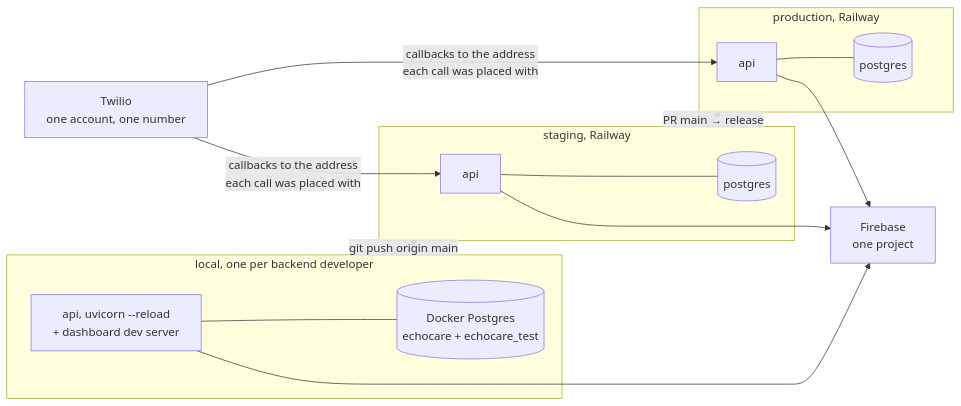
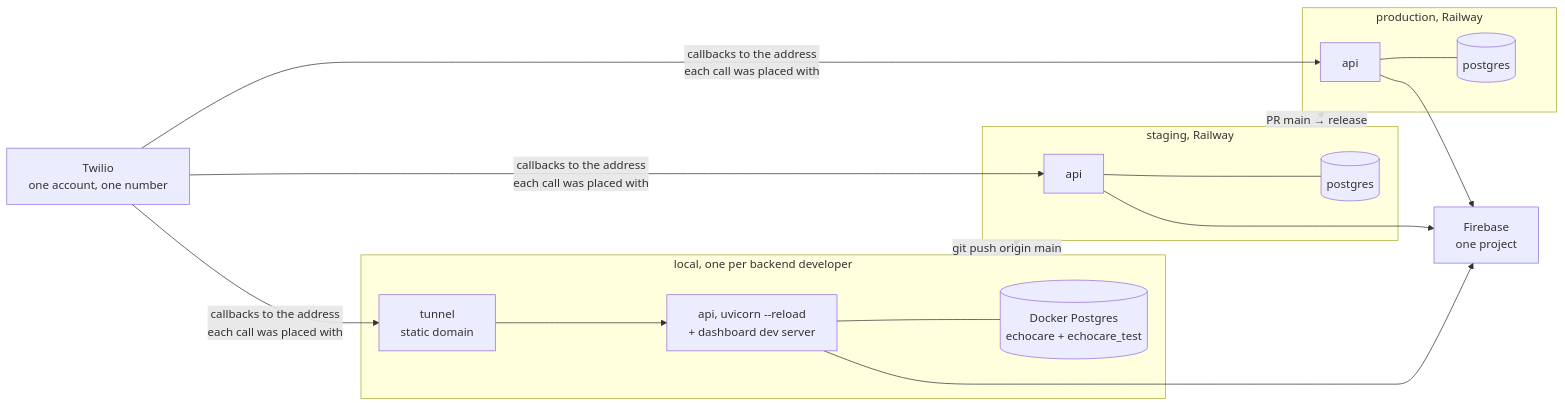
One commit to paulhondola/EchoCare changed the second of 3 diagrams in docs/adr/ADR-001-monorepo-and-delivery.md. Above: the diagram before and after it, drawn with Mermaid. The commit also changed other lines of this file and 7 other files, not shown here.

First line of the commit message:
local: ngrok tunnel back in Compose for Twilio callbacks

````diff
--- a/docs/adr/ADR-001-monorepo-and-delivery.md
+++ b/docs/adr/ADR-001-monorepo-and-delivery.md
@@ -341,24 +341,26 @@
 ```mermaid
 flowchart LR
     subgraph L["local, one per backend developer"]
         LAPI["api, uvicorn --reload<br/>+ dashboard dev server"]
         LDB[("Docker Postgres<br/>echocare + echocare_test")]
+        TUN["tunnel<br/>static domain"]
         LAPI --- LDB
+        TUN --> LAPI
     end
 
     subgraph S["staging, Railway"]
         SAPI["api"] --- SDB[("postgres")]
     end
 
     subgraph P["production, Railway"]
         PAPI["api"] --- PDB[("postgres")]
     end
 
     TW["Twilio<br/>one account, one number"]
     FB["Firebase<br/>one project"]
 
     L -->|"git push origin main"| S
     S -->|"PR main → release"| P
-    TW -->|"callbacks to the address<br/>each call was placed with"| SAPI & PAPI
+    TW -->|"callbacks to the address<br/>each call was placed with"| TUN & SAPI & PAPI
     LAPI & SAPI & PAPI --> FB
 ```
````
